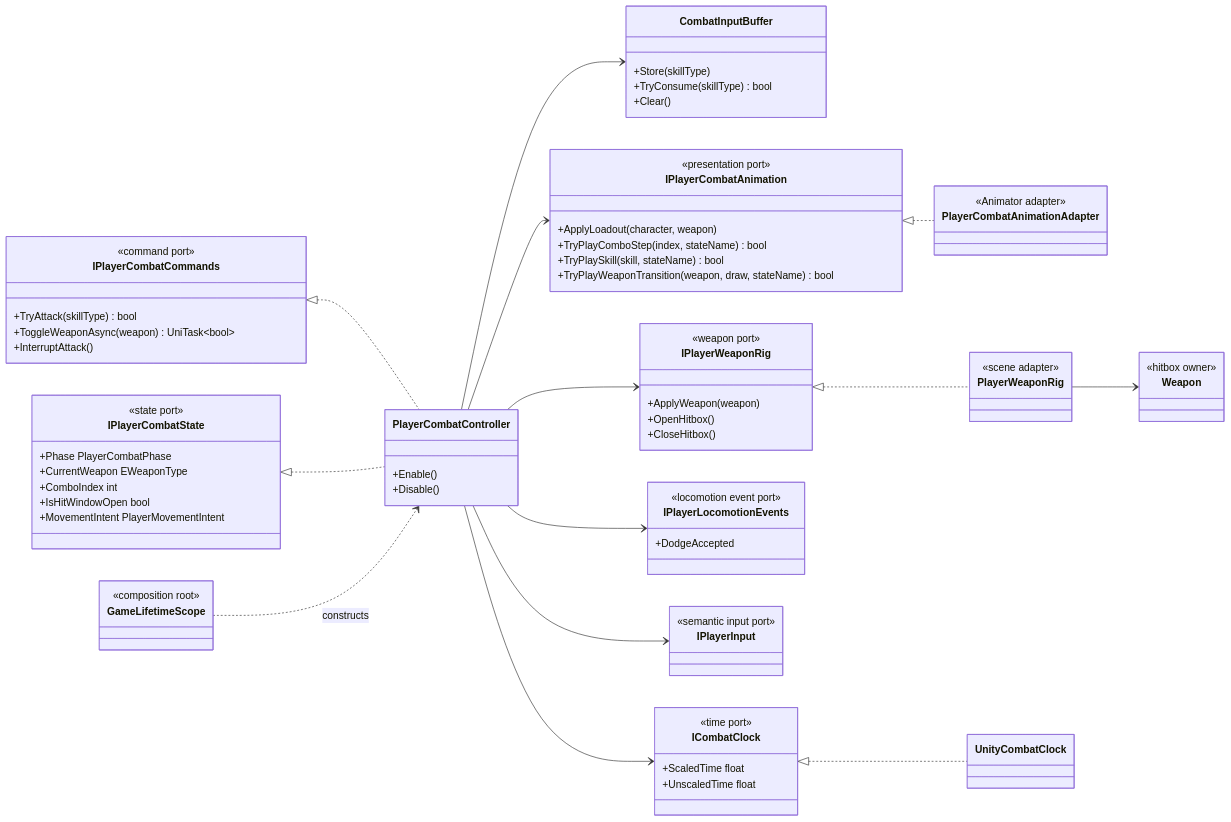
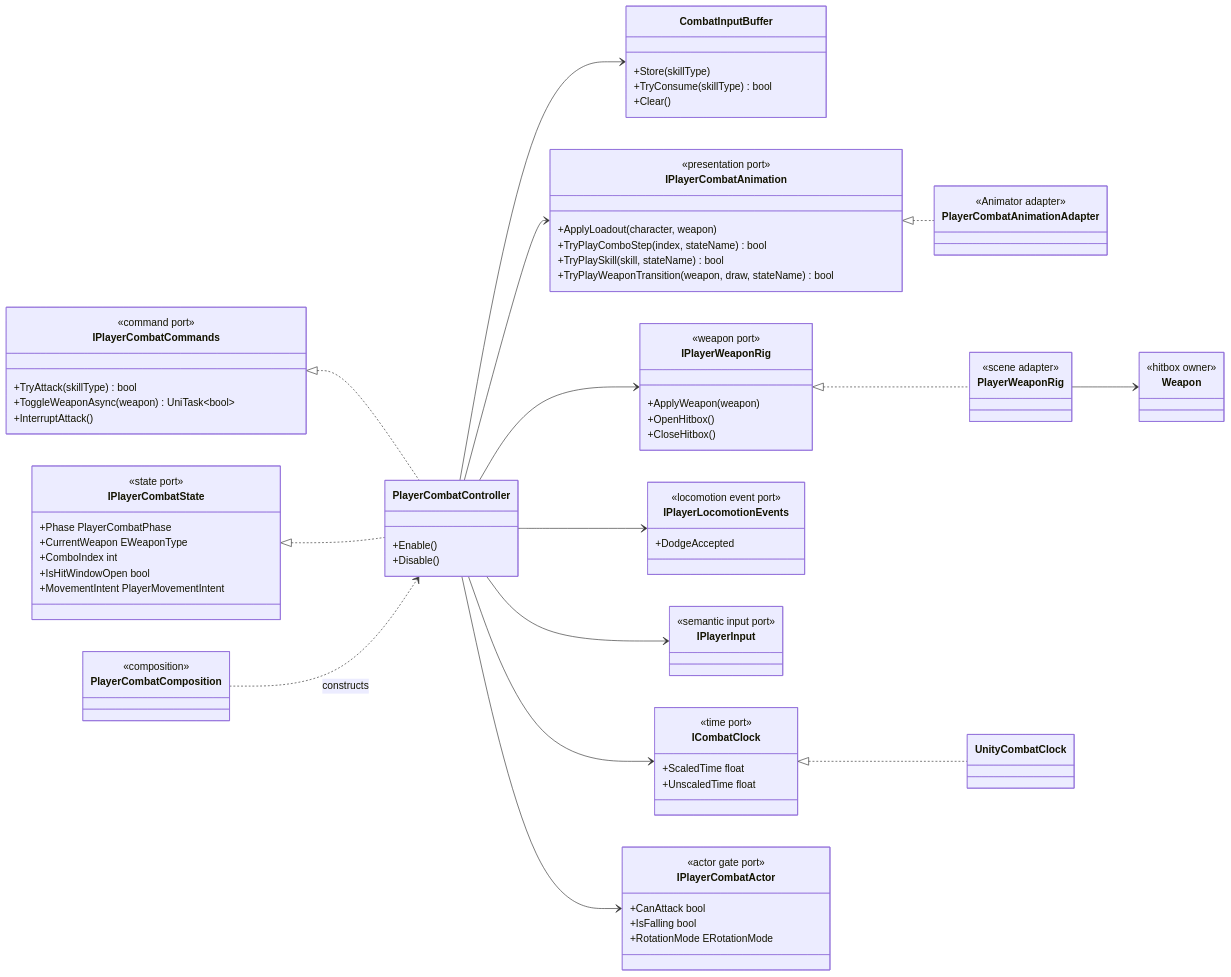
Before and after one commit to MaximFonariuc/project-s: the first of 3 diagrams in Docs/Architecture/Player.Combat.md, drawn with Mermaid. The commit also changed other lines of this file and 24 other files, not shown here.

````diff
--- a/Docs/Architecture/Player.Combat.md
+++ b/Docs/Architecture/Player.Combat.md
@@ -70,8 +70,14 @@
         +UnscaledTime float
     }
     class UnityCombatClock
-    class GameLifetimeScope {
-        <<composition root>>
+    class IPlayerCombatActor {
+        <<actor gate port>>
+        +CanAttack bool
+        +IsFalling bool
+        +RotationMode ERotationMode
+    }
+    class PlayerCombatComposition {
+        <<composition>>
     }
 
     IPlayerCombatCommands <|.. PlayerCombatController
@@ -82,9 +88,10 @@
     PlayerCombatController --> IPlayerCombatAnimation
     PlayerCombatController --> IPlayerWeaponRig
     PlayerCombatController --> ICombatClock
+    PlayerCombatController --> IPlayerCombatActor
     IPlayerCombatAnimation <|.. PlayerCombatAnimationAdapter
     IPlayerWeaponRig <|.. PlayerWeaponRig
     PlayerWeaponRig --> Weapon
     ICombatClock <|.. UnityCombatClock
-    GameLifetimeScope ..> PlayerCombatController : constructs
+    PlayerCombatComposition ..> PlayerCombatController : constructs
 ```
````
